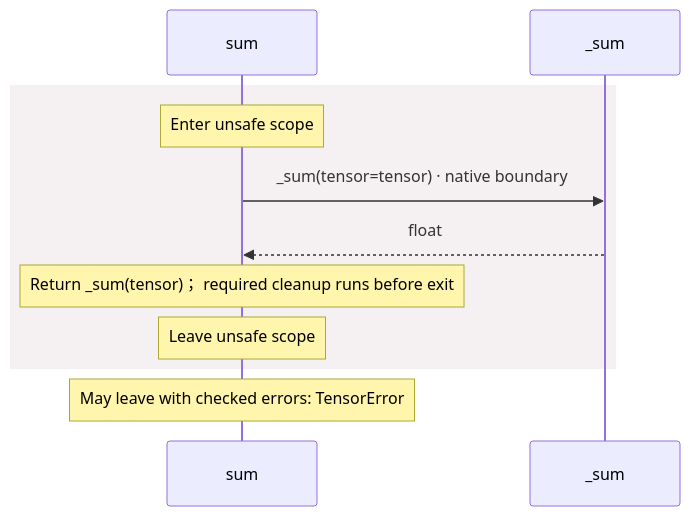
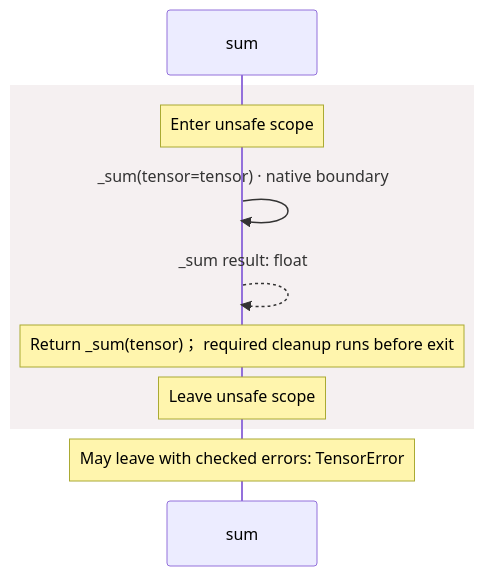
Before and after one commit to GreenPandaStudios/augscript: the fourth of 7 diagrams in docs/examples/native-pytorch/dependencies/packages/@greenpandastudios/aug-pytorch/0.1.6/api-diagrams.md, drawn with Mermaid. The commit also changed other lines of this file and 304 other files, not shown here.

Commit message:
Make generated data-flow sequences concise and review every diagram

````diff
--- a/docs/examples/native-pytorch/dependencies/packages/@greenpandastudios/aug-pytorch/0.1.6/api-diagrams.md
+++ b/docs/examples/native-pytorch/dependencies/packages/@greenpandastudios/aug-pytorch/0.1.6/api-diagrams.md
@@ -137,13 +112,13 @@
 ```mermaid
 sequenceDiagram
     participant p0 as sum
-    participant p1 as _sum
+
     rect rgb(245, 240, 241)
     Note over p0: Enter unsafe scope
-    p0->>p1: _sum(tensor=tensor) · native boundary
-    p1-->>p0: float
+    p0->>p0: _sum(tensor=tensor) · native boundary
+    p0-->>p0: _sum result: float
     Note over p0: Return _sum(tensor)； required cleanup runs before exit
     Note over p0: Leave unsafe scope
     end
     Note over p0: May leave with checked errors: TensorError
 ```
````
